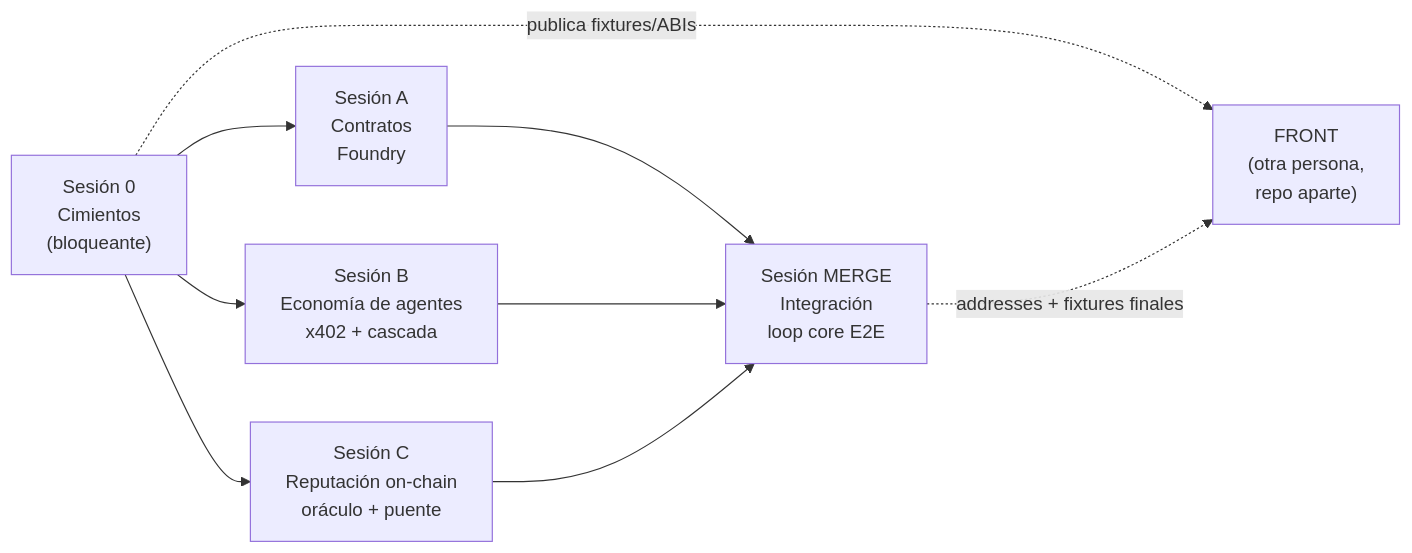
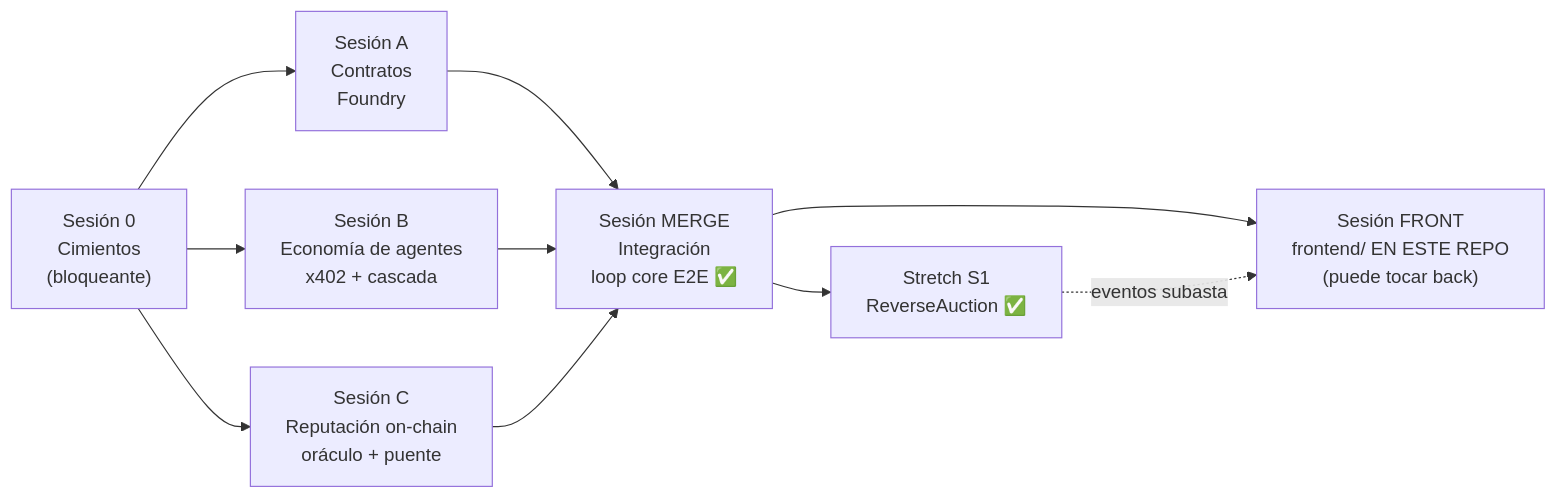
Before and after one commit to ramirovega-gtm/karma-monad-blitz: the diagram in build/sessions/SESSIONS.md, drawn with Mermaid. The commit also changed other lines of this file and 5 other files, not shown here.

First line of the commit message:
docs(front): preparar Sesión FRONT — handoff actualizado + brief + tracker

````diff
--- a/build/sessions/SESSIONS.md
+++ b/build/sessions/SESSIONS.md
@@ -14,11 +16,12 @@
 ```mermaid
 flowchart LR
   S0["Sesión 0<br/>Cimientos<br/>(bloqueante)"] --> A["Sesión A<br/>Contratos<br/>Foundry"]
   S0 --> B["Sesión B<br/>Economía de agentes<br/>x402 + cascada"]
   S0 --> C["Sesión C<br/>Reputación on-chain<br/>oráculo + puente"]
-  A --> M["Sesión MERGE<br/>Integración<br/>loop core E2E"]
+  A --> M["Sesión MERGE<br/>Integración<br/>loop core E2E ✅"]
   B --> M
   C --> M
-  S0 -.publica fixtures/ABIs.-> FE["FRONT<br/>(otra persona,<br/>repo aparte)"]
-  M -.addresses + fixtures finales.-> FE
+  M --> S1["Stretch S1<br/>ReverseAuction ✅"]
+  M --> FE["Sesión FRONT<br/>frontend/ EN ESTE REPO<br/>(puede tocar back)"]
+  S1 -.eventos subasta.-> FE
 ```
````
